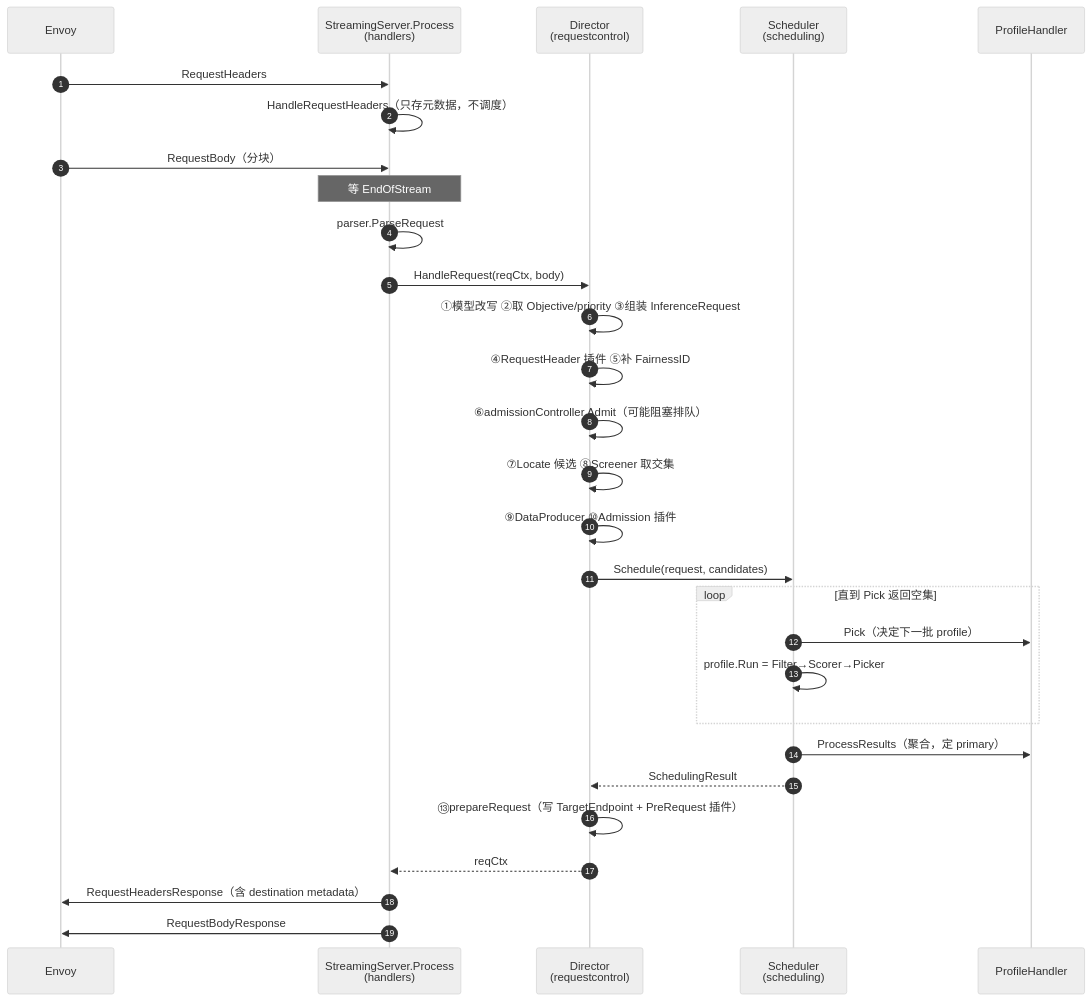
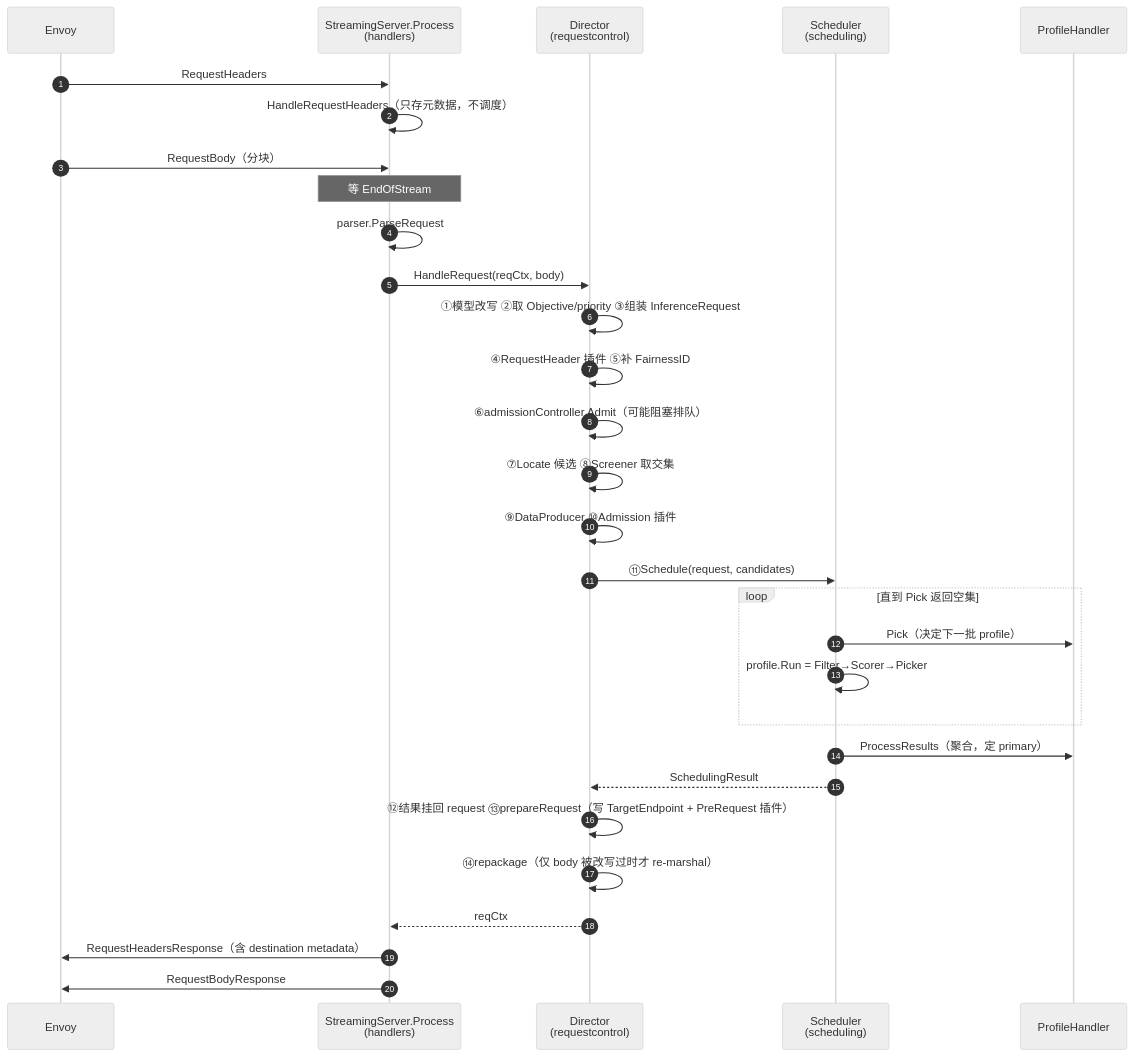
The diagram in serving/llm-d/router/01-请求的一生-主控制流.md (songkane/llm-learning), drawn with Mermaid (neutral theme) before and after one commit. The commit also changed other lines of this file and 9 other files, not shown here.

````diff
--- a/serving/llm-d/router/01-请求的一生-主控制流.md
+++ b/serving/llm-d/router/01-请求的一生-主控制流.md
@@ -16,32 +60,33 @@
 ```mermaid
 sequenceDiagram
     autonumber
     participant EV as Envoy
     participant PR as StreamingServer.Process<br/>(handlers)
     participant DI as Director<br/>(requestcontrol)
     participant SC as Scheduler<br/>(scheduling)
     participant PH as ProfileHandler
 
     EV->>PR: RequestHeaders
     PR->>PR: HandleRequestHeaders（只存元数据，不调度）
     EV->>PR: RequestBody（分块）
     Note over PR: 等 EndOfStream
     PR->>PR: parser.ParseRequest
     PR->>DI: HandleRequest(reqCtx, body)
     DI->>DI: ①模型改写 ②取 Objective/priority ③组装 InferenceRequest
     DI->>DI: ④RequestHeader 插件 ⑤补 FairnessID
     DI->>DI: ⑥admissionController.Admit（可能阻塞排队）
     DI->>DI: ⑦Locate 候选 ⑧Screener 取交集
     DI->>DI: ⑨DataProducer ⑩Admission 插件
-    DI->>SC: Schedule(request, candidates)
+    DI->>SC: ⑪Schedule(request, candidates)
     loop 直到 Pick 返回空集
         SC->>PH: Pick（决定下一批 profile）
         SC->>SC: profile.Run = Filter→Scorer→Picker
     end
     SC->>PH: ProcessResults（聚合，定 primary）
     SC-->>DI: SchedulingResult
-    DI->>DI: ⑬prepareRequest（写 TargetEndpoint + PreRequest 插件）
+    DI->>DI: ⑫结果挂回 request ⑬prepareRequest（写 TargetEndpoint + PreRequest 插件）
+    DI->>DI: ⑭repackage（仅 body 被改写过时才 re-marshal）
     DI-->>PR: reqCtx
     PR->>EV: RequestHeadersResponse（含 destination metadata）
     PR->>EV: RequestBodyResponse
 ```
````
